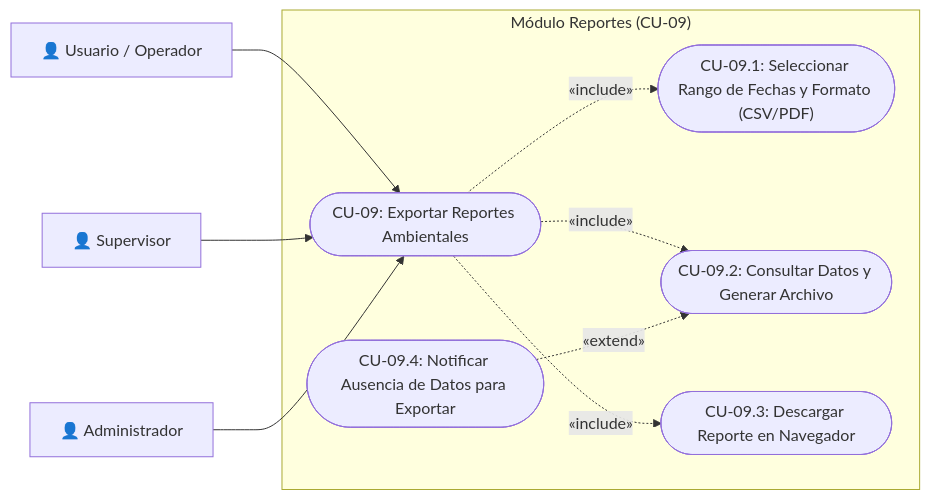
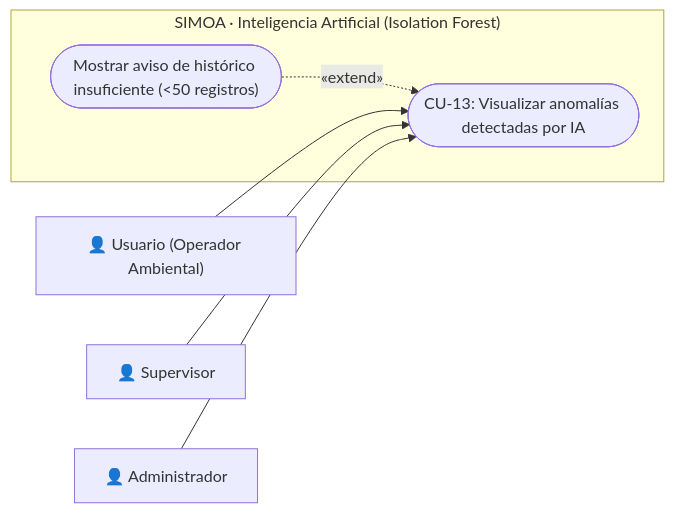
Diagram 14 of 17 in docs/SRS_SIMOA.md (LuzElianaSanchezTovar666/Sistema_oit_de_monitoreo_ambiental), drawn with Mermaid before and after one commit. The commit also changed other lines of this file, not shown here.

````diff
--- a/docs/SRS_SIMOA.md
+++ b/docs/SRS_SIMOA.md
@@ -724,23 +738,16 @@
 ```mermaid
 flowchart LR
-    Usuario["👤 Usuario / Operador"]
+    Usuario["👤 Usuario (Operador Ambiental)"]
     Supervisor["👤 Supervisor"]
     Admin["👤 Administrador"]
 
-    subgraph "Módulo Reportes (CU-09)"
-        CU09_Main(["CU-09: Exportar Reportes Ambientales"])
-        CU09_Param(["CU-09.1: Seleccionar Rango de Fechas y Formato (CSV/PDF)"])
-        CU09_Build(["CU-09.2: Consultar Datos y Generar Archivo"])
-        CU09_Down(["CU-09.3: Descargar Reporte en Navegador"])
-        CU09_NoData(["CU-09.4: Notificar Ausencia de Datos para Exportar"])
+    subgraph "SIMOA · Inteligencia Artificial (Isolation Forest)"
+        CU13(["CU-13: Visualizar anomalías detectadas por IA"])
+        CU13_Insuf(["Mostrar aviso de histórico insuficiente (<50 registros)"])
     end
 
-    Usuario --> CU09_Main
-    Supervisor --> CU09_Main
-    Admin --> CU09_Main
-
-    CU09_Main -.->|«include»| CU09_Param
-    CU09_Main -.->|«include»| CU09_Build
-    CU09_Main -.->|«include»| CU09_Down
-    CU09_NoData -.->|«extend»| CU09_Build
+    Usuario --> CU13
+    Supervisor --> CU13
+    Admin --> CU13
+    CU13_Insuf -.->|«extend»| CU13
 ```
````
